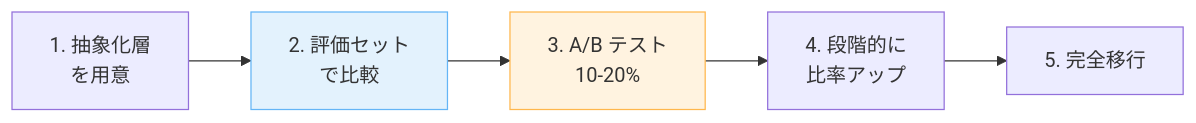
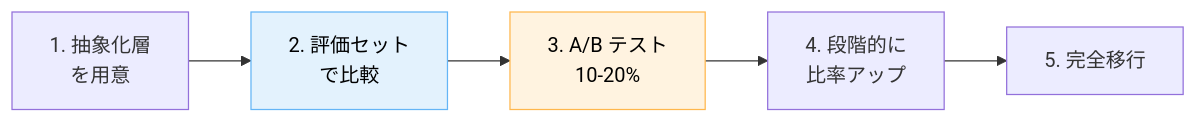
One commit to dinekt/dinekt-wiki changed the second of 2 diagrams in docs/case-studies/llm-モデル-プロバイダー切り替え時の互換性問題と段階移行.md. Above: the diagram before and after it, drawn with Mermaid. The commit also changed other lines of this file and 71 other files, not shown here.

First line of the commit message:
fix: mermaid readability + remove GitHub repo toolbar

````diff
--- a/docs/case-studies/llm-モデル-プロバイダー切り替え時の互換性問題と段階移行.md
+++ b/docs/case-studies/llm-モデル-プロバイダー切り替え時の互換性問題と段階移行.md
@@ -78,10 +78,10 @@
 ```mermaid
 flowchart LR
     S1[1. 抽象化層<br/>を用意] --> S2[2. 評価セット<br/>で比較]
     S2 --> S3[3. A/B テスト<br/>10-20%]
     S3 --> S4[4. 段階的に<br/>比率アップ]
     S4 --> S5[5. 完全移行]
 
-    style S2 fill:#e3f2fd,stroke:#64b5f6
-    style S3 fill:#fff3e0,stroke:#ffb74d
+    style S2 fill:#e3f2fd,stroke:#64b5f6,color:#000
+    style S3 fill:#fff3e0,stroke:#ffb74d,color:#000
 ```
````
